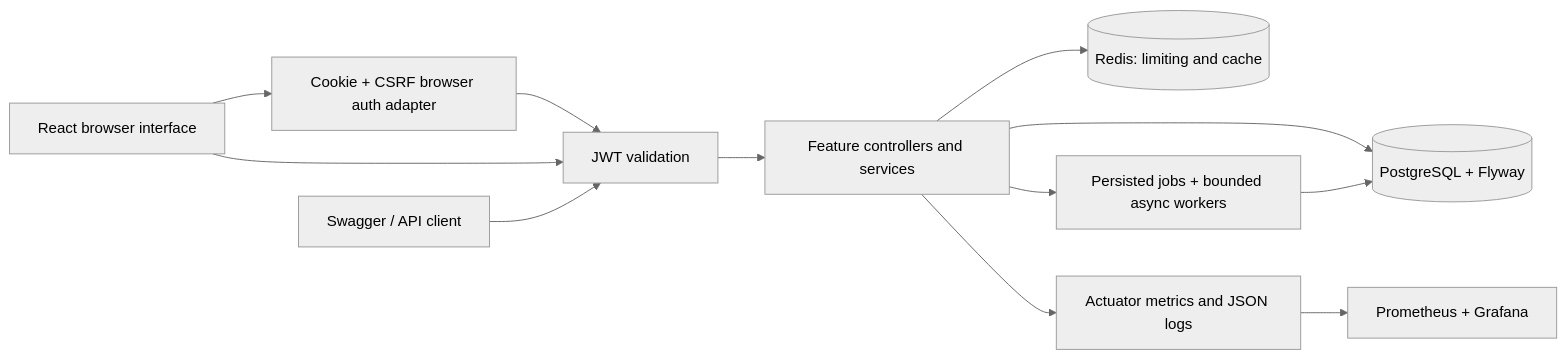
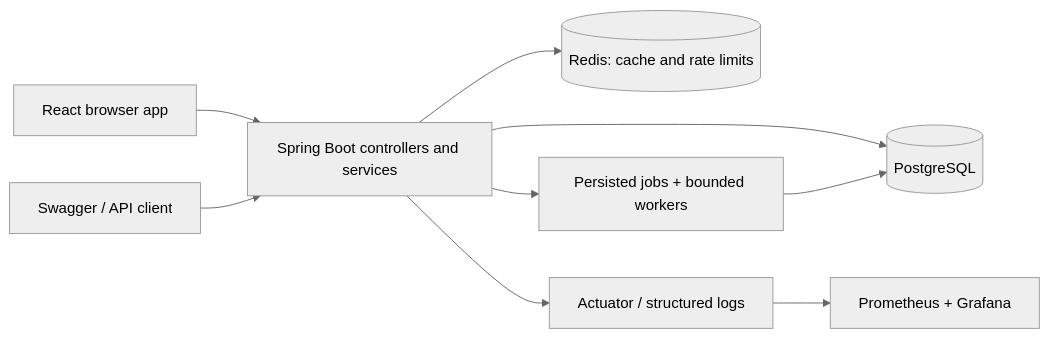
Before and after one commit to Aadyant-7/splitnest: the diagram in README.md, drawn with Mermaid (neutral theme). The commit also changed other lines of this file and 39 other files, not shown here.

````diff
--- a/README.md
+++ b/README.md
@@ -54,14 +61,11 @@
 ```mermaid
 flowchart LR
-    Browser[React browser interface] --> Session[Cookie + CSRF browser auth adapter]
-    Session --> Security[JWT validation]
-    Browser --> Security
-    Client[Swagger / API client] --> Security
-    Security --> API[Feature controllers and services]
-    API --> DB[(PostgreSQL + Flyway)]
-    API --> Redis[(Redis: limiting and cache)]
-    API --> Jobs[Persisted jobs + bounded async workers]
+    Browser[React browser app] --> API[Spring Boot controllers and services]
+    Client[Swagger / API client] --> API
+    API --> DB[(PostgreSQL)]
+    API --> Redis[(Redis: cache and rate limits)]
+    API --> Jobs[Persisted jobs + bounded workers]
     Jobs --> DB
-    API --> Metrics[Actuator metrics and JSON logs]
+    API --> Metrics[Actuator / structured logs]
     Metrics --> Monitoring[Prometheus + Grafana]
 ```
````
